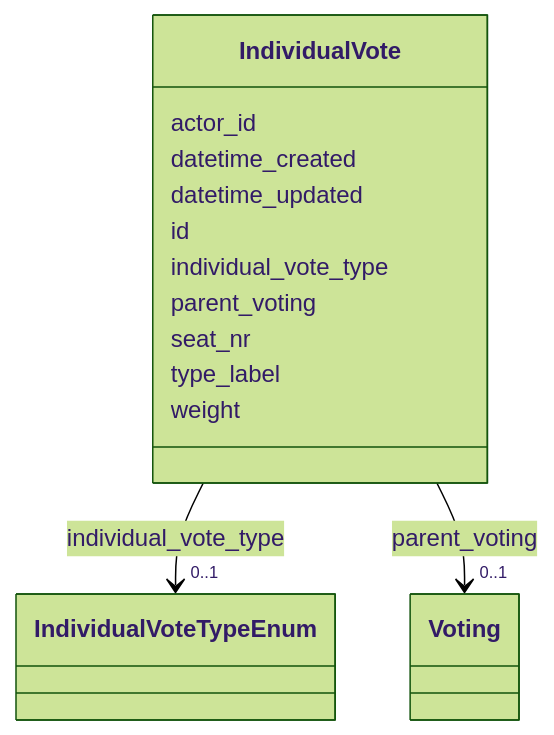
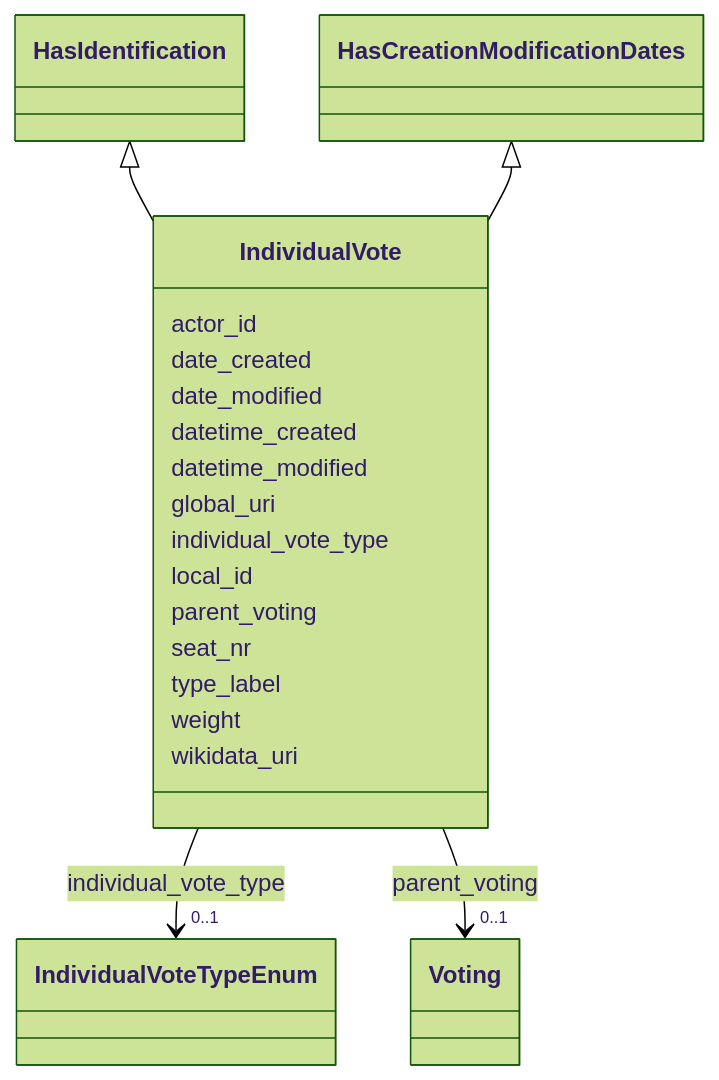
The diagram in ech-0293_operations/output/docs/IndividualVote.md (swiss/political-affairs-ech-group), drawn with Mermaid (forest theme) before and after one commit. The commit also changed other lines of this file and 79 other files, not shown here.

````diff
--- a/ech-0293_operations/output/docs/IndividualVote.md
+++ b/ech-0293_operations/output/docs/IndividualVote.md
@@ -22,42 +22,55 @@
 ```mermaid
  classDiagram
     class IndividualVote
     click IndividualVote href "../IndividualVote/"
+      HasIdentification <|-- IndividualVote
+        click HasIdentification href "../HasIdentification/"
+      HasCreationModificationDates <|-- IndividualVote
+        click HasCreationModificationDates href "../HasCreationModificationDates/"
+      
       IndividualVote : actor_id
+        
+      IndividualVote : date_created
+        
+      IndividualVote : date_modified
         
       IndividualVote : datetime_created
         
-      IndividualVote : datetime_updated
+      IndividualVote : datetime_modified
         
-      IndividualVote : id
+      IndividualVote : global_uri
         
       IndividualVote : individual_vote_type
         
           
     
         
         
         IndividualVote --> "0..1" IndividualVoteTypeEnum : individual_vote_type
         click IndividualVoteTypeEnum href "../IndividualVoteTypeEnum/"
     
 
+        
+      IndividualVote : local_id
         
       IndividualVote : parent_voting
         
           
     
         
         
         IndividualVote --> "0..1" Voting : parent_voting
         click Voting href "../Voting/"
     
 
         
       IndividualVote : seat_nr
         
       IndividualVote : type_label
         
       IndividualVote : weight
         
+      IndividualVote : wikidata_uri
+        
       
 ```
````
